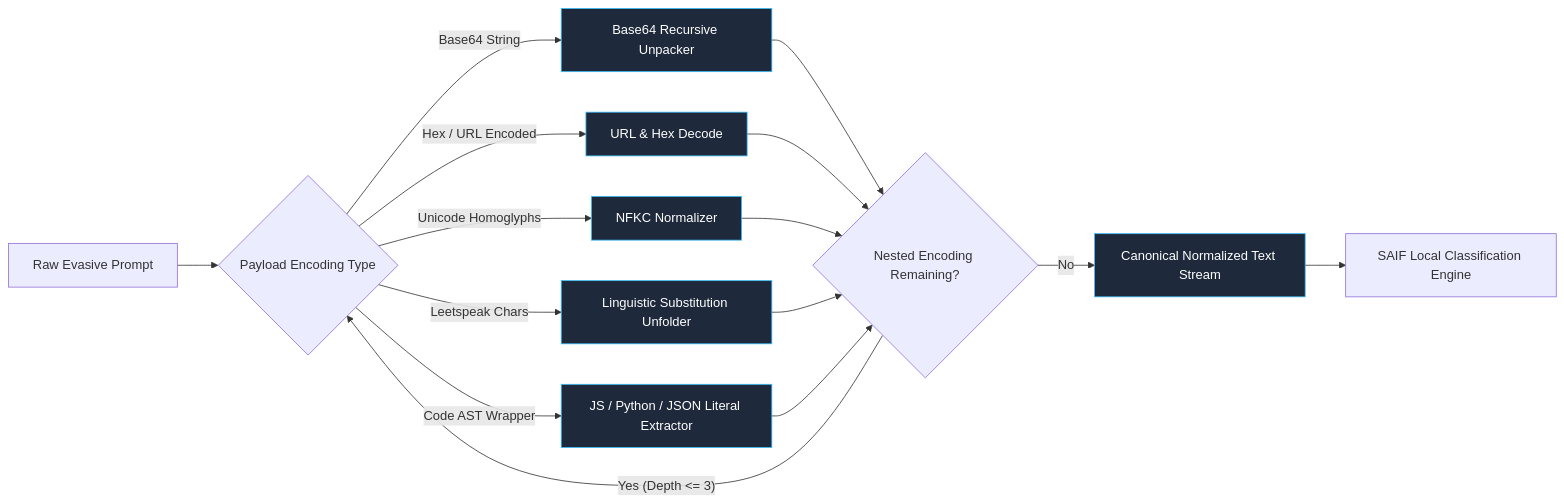
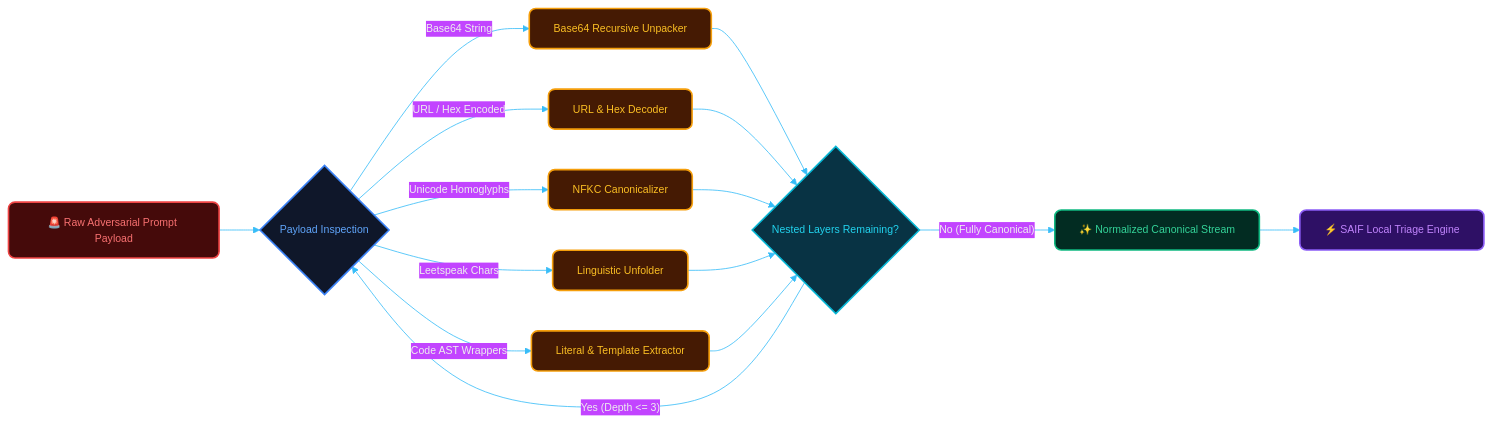
Before and after one commit to sudohackfu/saif-free-tier: the fifth of 5 diagrams in docs/ARCHITECTURE.md, drawn with Mermaid. The commit also changed other lines of this file and 3 other files, not shown here.

Commit message:
docs(style): theme Mermaid diagrams to match dark cybersecurity aesthetic and embed infographics

````diff
--- a/docs/ARCHITECTURE.md
+++ b/docs/ARCHITECTURE.md
@@ -257,24 +359,42 @@
 ```mermaid
+%%{init: {
+  'theme': 'base',
+  'themeVariables': {
+    'darkMode': true,
+    'background': '#09090b',
+    'mainBkg': '#121217',
+    'nodeBorder': '#27272a',
+    'textColor': '#f4f4f5',
+    'fontFamily': 'Inter, system-ui, -apple-system, sans-serif',
+    'fontSize': '13px',
+    'lineColor': '#38bdf8'
+  }
+}}%%
 flowchart LR
-    INPUT["Raw Evasive Prompt"] --> DETECT{"Payload Encoding Type"}
+    INPUT["🚨 Raw Adversarial Prompt Payload"]:::redNode --> DETECT{"Payload Inspection"}:::blueNode
 
-    DETECT -->|"Base64 String"| B64_DEC["Base64 Recursive Unpacker"]
-    DETECT -->|"Hex / URL Encoded"| URL_DEC["URL & Hex Decode"]
-    DETECT -->|"Unicode Homoglyphs"| UNI_DEC["NFKC Normalizer"]
-    DETECT -->|"Leetspeak Chars"| LEET_DEC["Linguistic Substitution Unfolder"]
-    DETECT -->|"Code AST Wrapper"| AST_DEC["JS / Python / JSON Literal Extractor"]
+    DETECT -->|"Base64 String"| B64["Base64 Recursive Unpacker"]:::amberNode
+    DETECT -->|"URL / Hex Encoded"| URLD["URL & Hex Decoder"]:::amberNode
+    DETECT -->|"Unicode Homoglyphs"| UNI["NFKC Canonicalizer"]:::amberNode
+    DETECT -->|"Leetspeak Chars"| LEET["Linguistic Unfolder"]:::amberNode
+    DETECT -->|"Code AST Wrappers"| AST["Literal & Template Extractor"]:::amberNode
 
-    B64_DEC --> CHECK_NESTED{"Nested Encoding Remaining?"}
-    URL_DEC --> CHECK_NESTED
-    UNI_DEC --> CHECK_NESTED
-    LEET_DEC --> CHECK_NESTED
-    AST_DEC --> CHECK_NESTED
+    B64 --> NESTED{"Nested Layers Remaining?"}:::cyanNode
+    URLD --> NESTED
+    UNI --> NESTED
+    LEET --> NESTED
+    AST --> NESTED
 
-    CHECK_NESTED -->|"Yes (Depth <= 3)"| DETECT
-    CHECK_NESTED -->|"No"| CANON["Canonical Normalized Text Stream"]
+    NESTED -->|"Yes (Depth <= 3)"| DETECT
+    NESTED -->|"No (Fully Canonical)"| CANON["✨ Normalized Canonical Stream"]:::greenNode
 
-    CANON --> ENGINE["SAIF Local Classification Engine"]
+    CANON --> ENGINE["⚡ SAIF Local Triage Engine"]:::purpleNode
 
-    classDef stage fill:#1e293b,stroke:#38bdf8,stroke-width:1px,color:#fff;
-    class B64_DEC,URL_DEC,UNI_DEC,LEET_DEC,AST_DEC,CANON stage;
+    classDef default fill:#121217,stroke:#27272a,stroke-width:1.5px,color:#f4f4f5,rx:8px,ry:8px;
+    classDef blueNode fill:#0f172a,stroke:#3b82f6,stroke-width:2px,color:#60a5fa,rx:8px,ry:8px;
+    classDef cyanNode fill:#083344,stroke:#06b6d4,stroke-width:2px,color:#22d3ee,rx:8px,ry:8px;
+    classDef greenNode fill:#022c22,stroke:#10b981,stroke-width:2px,color:#34d399,rx:8px,ry:8px;
+    classDef redNode fill:#450a0a,stroke:#ef4444,stroke-width:2px,color:#f87171,rx:8px,ry:8px;
+    classDef amberNode fill:#451a03,stroke:#f59e0b,stroke-width:2px,color:#fbbf24,rx:8px,ry:8px;
+    classDef purpleNode fill:#2e1065,stroke:#8b5cf6,stroke-width:2px,color:#c084fc,rx:8px,ry:8px;
 ```
````
